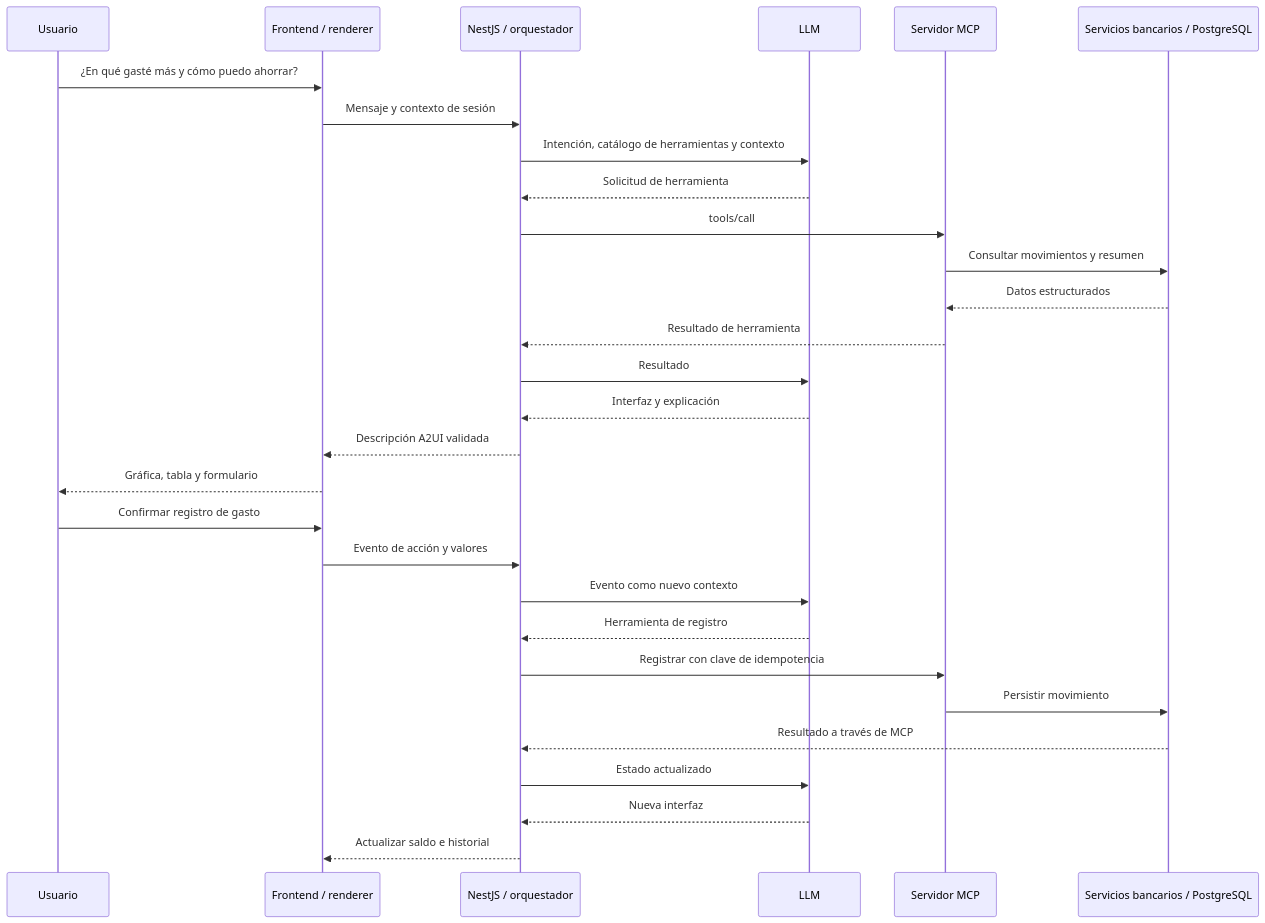
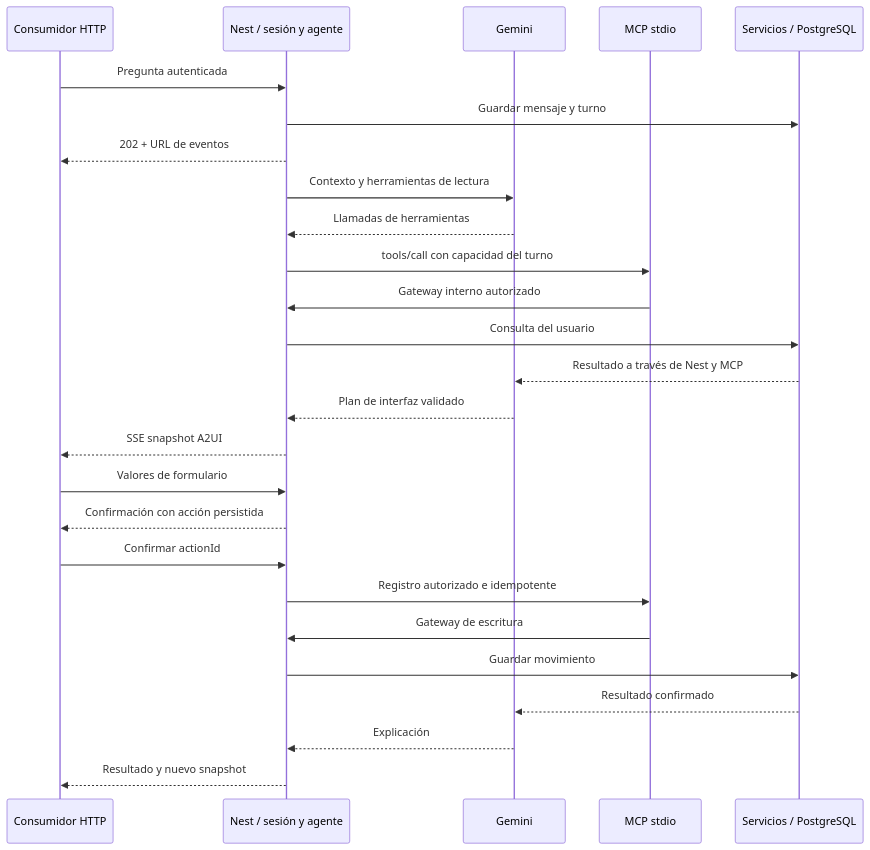
One commit to ManuelPerezF/hackmty26-banorte changed the diagram in docs/arquitectura.md. Above: the diagram before and after it, drawn with Mermaid. The commit also changed other lines of this file and 88 other files, not shown here.

````diff
--- a/docs/arquitectura.md
+++ b/docs/arquitectura.md
@@ -40,31 +33,28 @@
 ```mermaid
 sequenceDiagram
-  participant U as Usuario
-  participant C as Frontend / renderer
-  participant B as NestJS / orquestador
-  participant L as LLM
-  participant M as Servidor MCP
-  participant D as Servicios bancarios / PostgreSQL
-  U->>C: ¿En qué gasté más y cómo puedo ahorrar?
-  C->>B: Mensaje y contexto de sesión
-  B->>L: Intención, catálogo de herramientas y contexto
-  L-->>B: Solicitud de herramienta
-  B->>M: tools/call
-  M->>D: Consultar movimientos y resumen
-  D-->>M: Datos estructurados
-  M-->>B: Resultado de herramienta
-  B->>L: Resultado
-  L-->>B: Interfaz y explicación
-  B-->>C: Descripción A2UI validada
-  C-->>U: Gráfica, tabla y formulario
-  U->>C: Confirmar registro de gasto
-  C->>B: Evento de acción y valores
-  B->>L: Evento como nuevo contexto
-  L-->>B: Herramienta de registro
-  B->>M: Registrar con clave de idempotencia
-  M->>D: Persistir movimiento
-  D-->>B: Resultado a través de MCP
-  B->>L: Estado actualizado
-  L-->>B: Nueva interfaz
-  B-->>C: Actualizar saldo e historial
+  participant C as Consumidor HTTP
+  participant B as Nest / sesión y agente
+  participant L as Gemini
+  participant M as MCP stdio
+  participant D as Servicios / PostgreSQL
+  C->>B: Pregunta autenticada
+  B->>D: Guardar mensaje y turno
+  B-->>C: 202 + URL de eventos
+  B->>L: Contexto y herramientas de lectura
+  L-->>B: Llamadas de herramientas
+  B->>M: tools/call con capacidad del turno
+  M->>B: Gateway interno autorizado
+  B->>D: Consulta del usuario
+  D-->>L: Resultado a través de Nest y MCP
+  L-->>B: Plan de interfaz validado
+  B-->>C: SSE snapshot A2UI
+  C->>B: Valores de formulario
+  B-->>C: Confirmación con acción persistida
+  C->>B: Confirmar actionId
+  B->>M: Registro autorizado e idempotente
+  M->>B: Gateway de escritura
+  B->>D: Guardar movimiento
+  D-->>L: Resultado confirmado
+  L-->>B: Explicación
+  B-->>C: Resultado y nuevo snapshot
 ```
````
